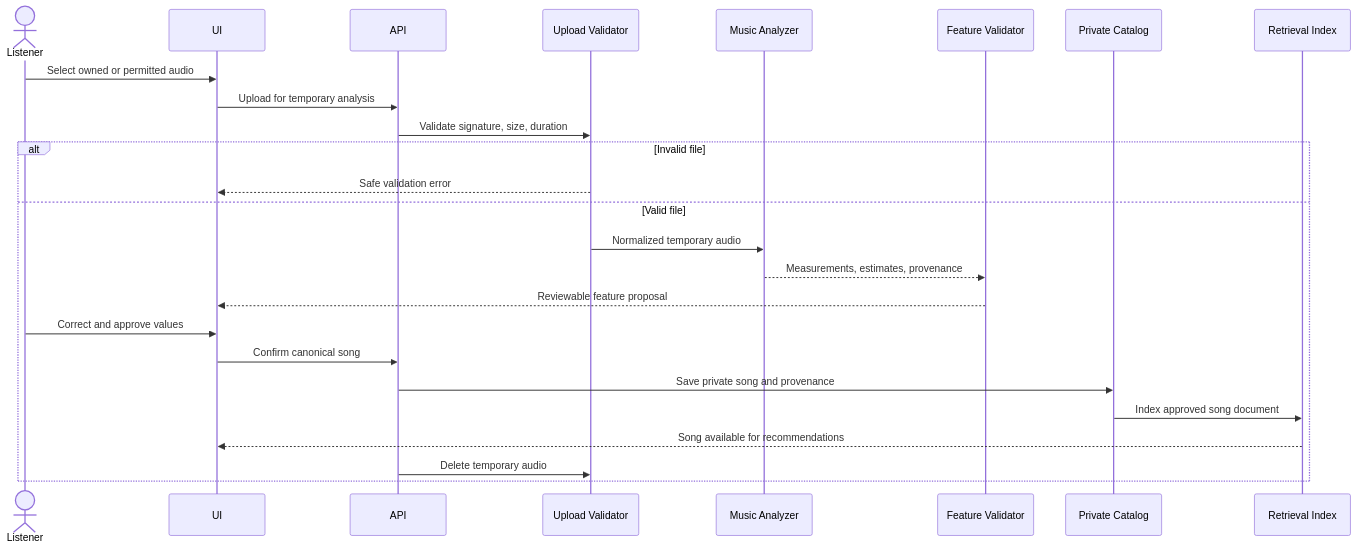
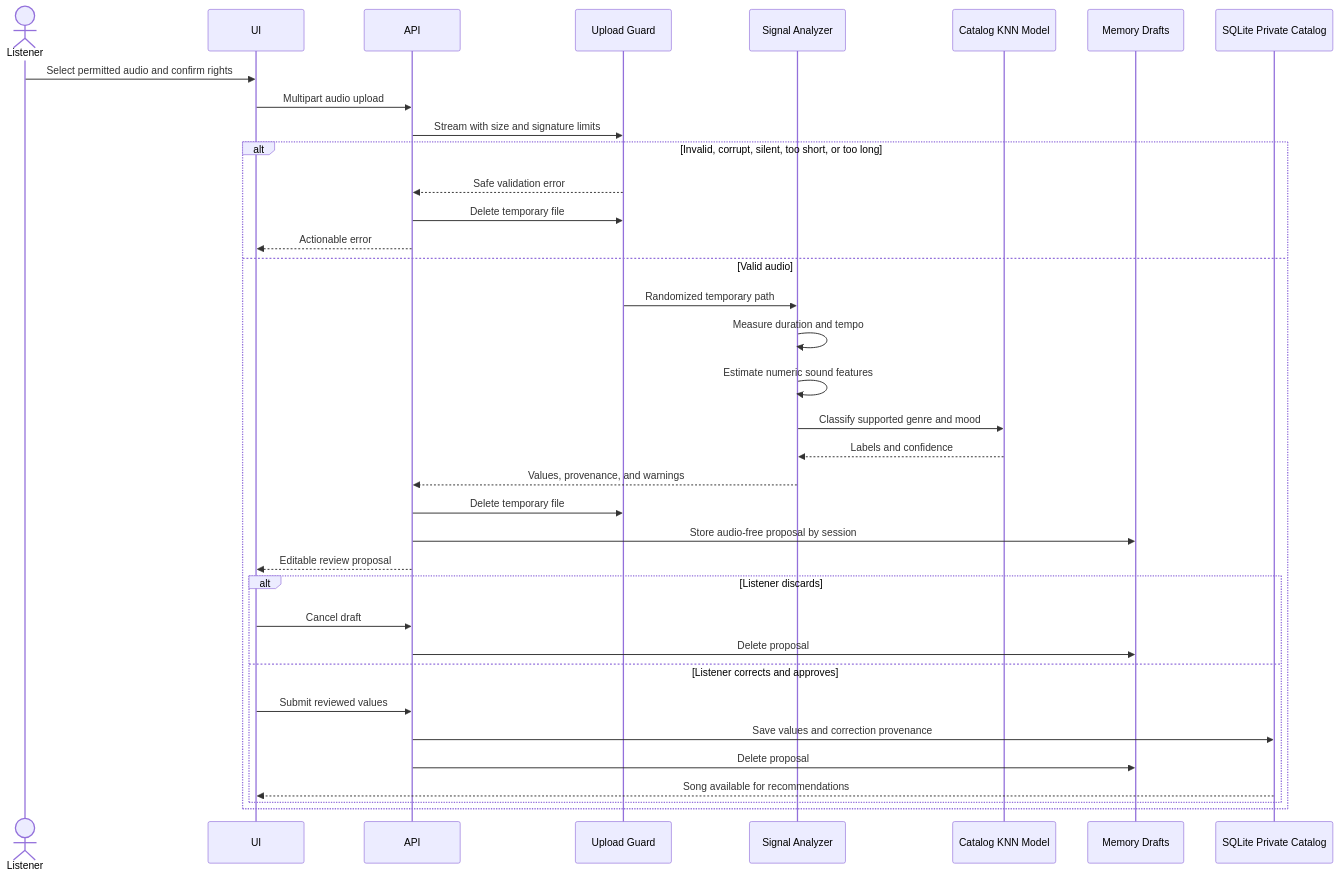
One commit to ttp0513/ai110-module5show-applied-ai-system-project changed the diagram in diagrams/audio-analysis-sequence.mmd. Above: the diagram before and after it, drawn with Mermaid. The commit also changed 25 other files, not shown here.

First line of the commit message:
feat: implement phase 5 AI-assisted audio analysis

```diff
--- a/diagrams/audio-analysis-sequence.mmd
+++ b/diagrams/audio-analysis-sequence.mmd
@@ -1,26 +1,37 @@
 sequenceDiagram
     actor Listener
     participant UI
     participant API
-    participant Upload as Upload Validator
-    participant Analyzer as Music Analyzer
-    participant Review as Feature Validator
-    participant Catalog as Private Catalog
-    participant Index as Retrieval Index
+    participant Guard as Upload Guard
+    participant Signal as Signal Analyzer
+    participant Model as Catalog KNN Model
+    participant Draft as Memory Drafts
+    participant DB as SQLite Private Catalog
 
-    Listener->>UI: Select owned or permitted audio
-    UI->>API: Upload for temporary analysis
-    API->>Upload: Validate signature, size, duration
-    alt Invalid file
-        Upload-->>UI: Safe validation error
-    else Valid file
-        Upload->>Analyzer: Normalized temporary audio
-        Analyzer-->>Review: Measurements, estimates, provenance
-        Review-->>UI: Reviewable feature proposal
-        Listener->>UI: Correct and approve values
-        UI->>API: Confirm canonical song
-        API->>Catalog: Save private song and provenance
-        Catalog->>Index: Index approved song document
-        Index-->>UI: Song available for recommendations
-        API->>Upload: Delete temporary audio
+    Listener->>UI: Select permitted audio and confirm rights
+    UI->>API: Multipart audio upload
+    API->>Guard: Stream with size and signature limits
+    alt Invalid, corrupt, silent, too short, or too long
+        Guard-->>API: Safe validation error
+        API->>Guard: Delete temporary file
+        API-->>UI: Actionable error
+    else Valid audio
+        Guard->>Signal: Randomized temporary path
+        Signal->>Signal: Measure duration and tempo
+        Signal->>Signal: Estimate numeric sound features
+        Signal->>Model: Classify supported genre and mood
+        Model-->>Signal: Labels and confidence
+        Signal-->>API: Values, provenance, and warnings
+        API->>Guard: Delete temporary file
+        API->>Draft: Store audio-free proposal by session
+        API-->>UI: Editable review proposal
+        alt Listener discards
+            UI->>API: Cancel draft
+            API->>Draft: Delete proposal
+        else Listener corrects and approves
+            UI->>API: Submit reviewed values
+            API->>DB: Save values and correction provenance
+            API->>Draft: Delete proposal
+            DB-->>UI: Song available for recommendations
+        end
     end
```
